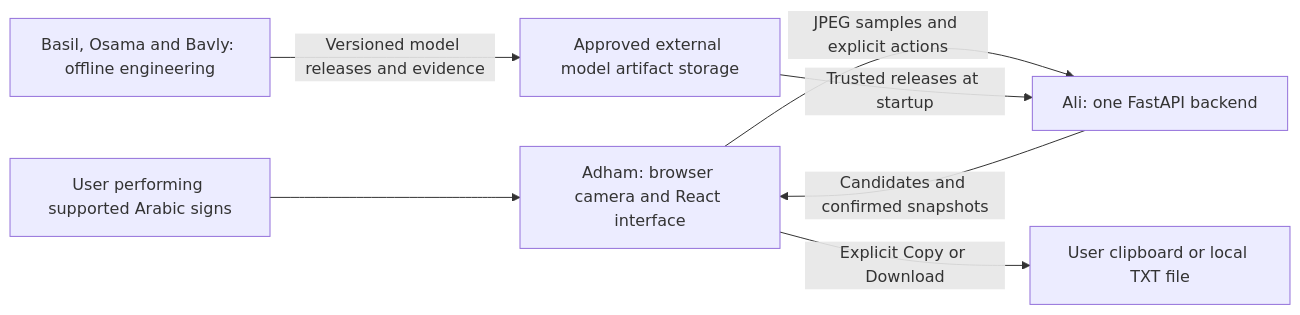
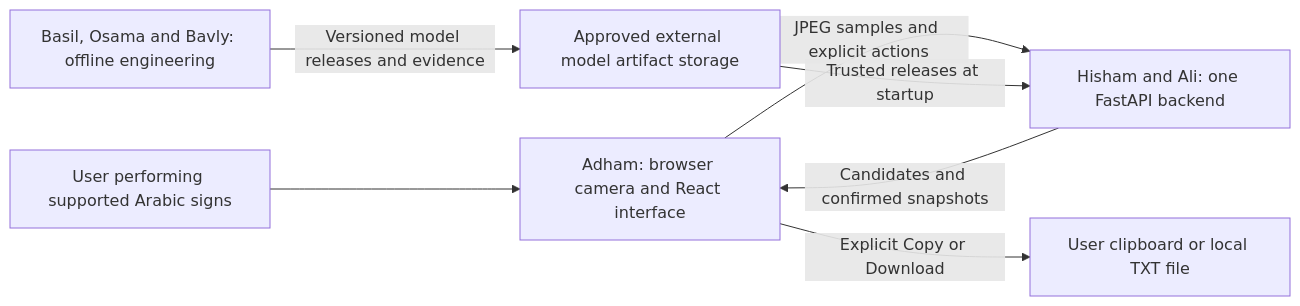
Before and after one commit to Mohamad-Hisham/Signova: the first of 3 diagrams in docs/architecture/system-overview.md, drawn with Mermaid. The commit also changed other lines of this file and 18 other files, not shown here.

````diff
--- a/docs/architecture/system-overview.md
+++ b/docs/architecture/system-overview.md
@@ -7,9 +7,9 @@
 ```mermaid
 flowchart LR
   signer["User performing supported Arabic signs"] --> browser["Adham: browser camera and React interface"]
-  browser -->|"JPEG samples and explicit actions"| api["Ali: one FastAPI backend"]
+  browser -->|"JPEG samples and explicit actions"| api["Hisham and Ali: one FastAPI backend"]
   api -->|"Candidates and confirmed snapshots"| browser
   browser -->|"Explicit Copy or Download"| localCopy["User clipboard or local TXT file"]
   releaseStore["Approved external model artifact storage"] -->|"Trusted releases at startup"| api
   dataTeam["Basil, Osama and Bavly: offline engineering"] -->|"Versioned model releases and evidence"| releaseStore
 ```
````
